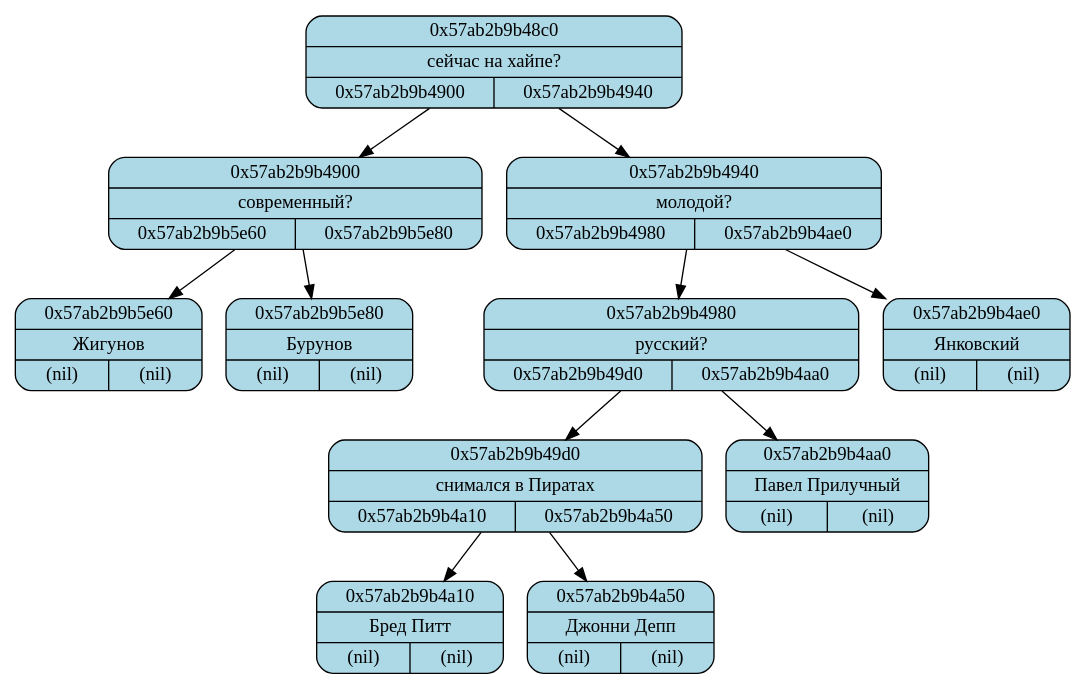
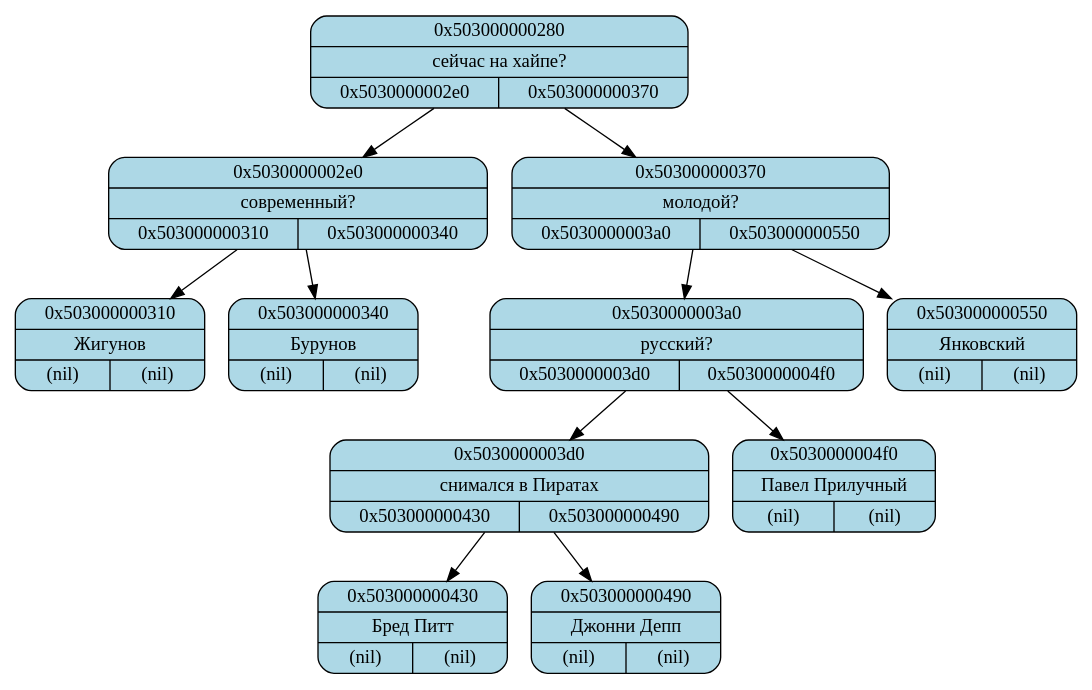
Before and after one commit to satooomikk11/Tree: the diagram in tree.dot, drawn with Graphviz. The commit also changed 3 other files, not shown here.

```diff
--- a/tree.dot
+++ b/tree.dot
@@ -1,25 +1,25 @@
 digraph Tree
 {
 
-	node0x57ab2b9b48c0[shape=Mrecord, style="rounded, filled", fillcolor="lightblue", label="{0x57ab2b9b48c0 | {сейчас на хайпе?} | {0x57ab2b9b4900 | 0x57ab2b9b4940}}"]
-	node0x57ab2b9b48c0 -> node0x57ab2b9b4900
-	node0x57ab2b9b4900[shape=Mrecord, style="rounded, filled", fillcolor="lightblue", label="{0x57ab2b9b4900 | {современный?} | {0x57ab2b9b5e60 | 0x57ab2b9b5e80}}"]
-	node0x57ab2b9b4900 -> node0x57ab2b9b5e60
-	node0x57ab2b9b5e60[shape=Mrecord, style="rounded, filled", fillcolor="lightblue", label="{0x57ab2b9b5e60 | {Жигунов} | {(nil) | (nil)}}"]
-	node0x57ab2b9b4900 -> node0x57ab2b9b5e80
-	node0x57ab2b9b5e80[shape=Mrecord, style="rounded, filled", fillcolor="lightblue", label="{0x57ab2b9b5e80 | {Бурунов} | {(nil) | (nil)}}"]
-	node0x57ab2b9b48c0 -> node0x57ab2b9b4940
-	node0x57ab2b9b4940[shape=Mrecord, style="rounded, filled", fillcolor="lightblue", label="{0x57ab2b9b4940 | {молодой?} | {0x57ab2b9b4980 | 0x57ab2b9b4ae0}}"]
-	node0x57ab2b9b4940 -> node0x57ab2b9b4980
-	node0x57ab2b9b4980[shape=Mrecord, style="rounded, filled", fillcolor="lightblue", label="{0x57ab2b9b4980 | {русский?} | {0x57ab2b9b49d0 | 0x57ab2b9b4aa0}}"]
-	node0x57ab2b9b4980 -> node0x57ab2b9b49d0
-	node0x57ab2b9b49d0[shape=Mrecord, style="rounded, filled", fillcolor="lightblue", label="{0x57ab2b9b49d0 | {снимался в Пиратах} | {0x57ab2b9b4a10 | 0x57ab2b9b4a50}}"]
-	node0x57ab2b9b49d0 -> node0x57ab2b9b4a10
-	node0x57ab2b9b4a10[shape=Mrecord, style="rounded, filled", fillcolor="lightblue", label="{0x57ab2b9b4a10 | {Бред Питт} | {(nil) | (nil)}}"]
-	node0x57ab2b9b49d0 -> node0x57ab2b9b4a50
-	node0x57ab2b9b4a50[shape=Mrecord, style="rounded, filled", fillcolor="lightblue", label="{0x57ab2b9b4a50 | {Джонни Депп} | {(nil) | (nil)}}"]
-	node0x57ab2b9b4980 -> node0x57ab2b9b4aa0
-	node0x57ab2b9b4aa0[shape=Mrecord, style="rounded, filled", fillcolor="lightblue", label="{0x57ab2b9b4aa0 | {Павел Прилучный} | {(nil) | (nil)}}"]
-	node0x57ab2b9b4940 -> node0x57ab2b9b4ae0
-	node0x57ab2b9b4ae0[shape=Mrecord, style="rounded, filled", fillcolor="lightblue", label="{0x57ab2b9b4ae0 | {Янковский} | {(nil) | (nil)}}"]
+	node0x503000000280[shape=Mrecord, style="rounded, filled", fillcolor="lightblue", label="{0x503000000280 | {сейчас на хайпе?} | {0x5030000002e0 | 0x503000000370}}"]
+	node0x503000000280 -> node0x5030000002e0
+	node0x5030000002e0[shape=Mrecord, style="rounded, filled", fillcolor="lightblue", label="{0x5030000002e0 | {современный?} | {0x503000000310 | 0x503000000340}}"]
+	node0x5030000002e0 -> node0x503000000310
+	node0x503000000310[shape=Mrecord, style="rounded, filled", fillcolor="lightblue", label="{0x503000000310 | {Жигунов} | {(nil) | (nil)}}"]
+	node0x5030000002e0 -> node0x503000000340
+	node0x503000000340[shape=Mrecord, style="rounded, filled", fillcolor="lightblue", label="{0x503000000340 | {Бурунов} | {(nil) | (nil)}}"]
+	node0x503000000280 -> node0x503000000370
+	node0x503000000370[shape=Mrecord, style="rounded, filled", fillcolor="lightblue", label="{0x503000000370 | {молодой?} | {0x5030000003a0 | 0x503000000550}}"]
+	node0x503000000370 -> node0x5030000003a0
+	node0x5030000003a0[shape=Mrecord, style="rounded, filled", fillcolor="lightblue", label="{0x5030000003a0 | {русский?} | {0x5030000003d0 | 0x5030000004f0}}"]
+	node0x5030000003a0 -> node0x5030000003d0
+	node0x5030000003d0[shape=Mrecord, style="rounded, filled", fillcolor="lightblue", label="{0x5030000003d0 | {снимался в Пиратах} | {0x503000000430 | 0x503000000490}}"]
+	node0x5030000003d0 -> node0x503000000430
+	node0x503000000430[shape=Mrecord, style="rounded, filled", fillcolor="lightblue", label="{0x503000000430 | {Бред Питт} | {(nil) | (nil)}}"]
+	node0x5030000003d0 -> node0x503000000490
+	node0x503000000490[shape=Mrecord, style="rounded, filled", fillcolor="lightblue", label="{0x503000000490 | {Джонни Депп} | {(nil) | (nil)}}"]
+	node0x5030000003a0 -> node0x5030000004f0
+	node0x5030000004f0[shape=Mrecord, style="rounded, filled", fillcolor="lightblue", label="{0x5030000004f0 | {Павел Прилучный} | {(nil) | (nil)}}"]
+	node0x503000000370 -> node0x503000000550
+	node0x503000000550[shape=Mrecord, style="rounded, filled", fillcolor="lightblue", label="{0x503000000550 | {Янковский} | {(nil) | (nil)}}"]
 }
```
